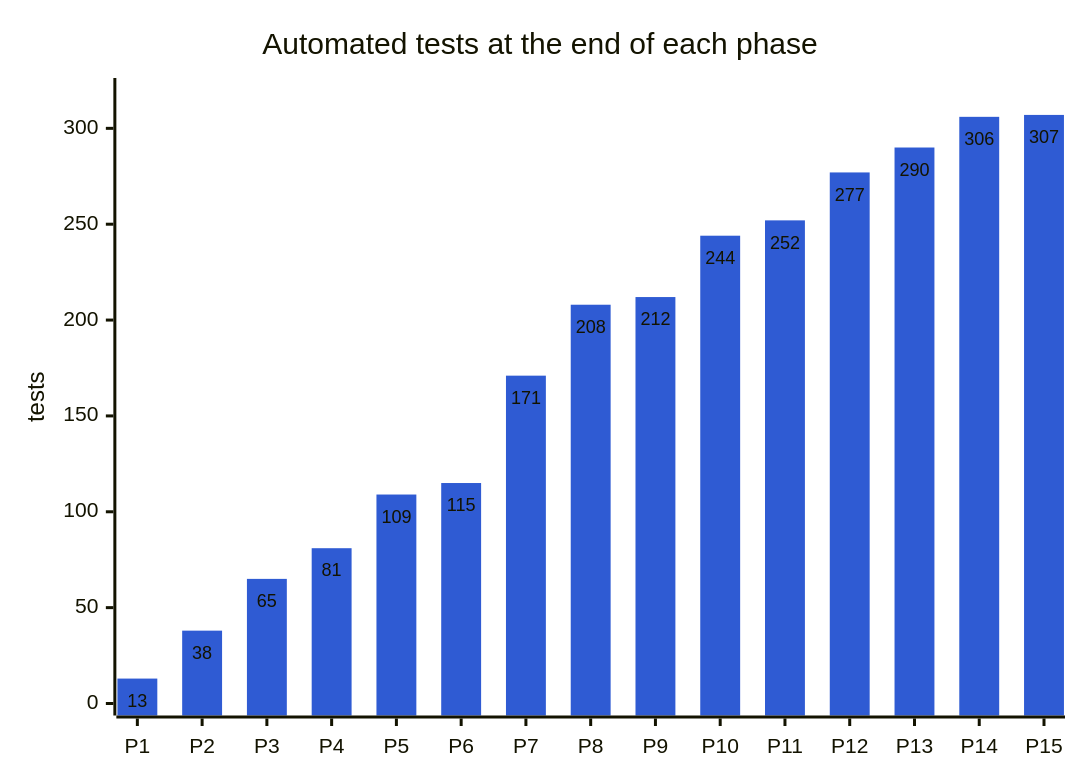
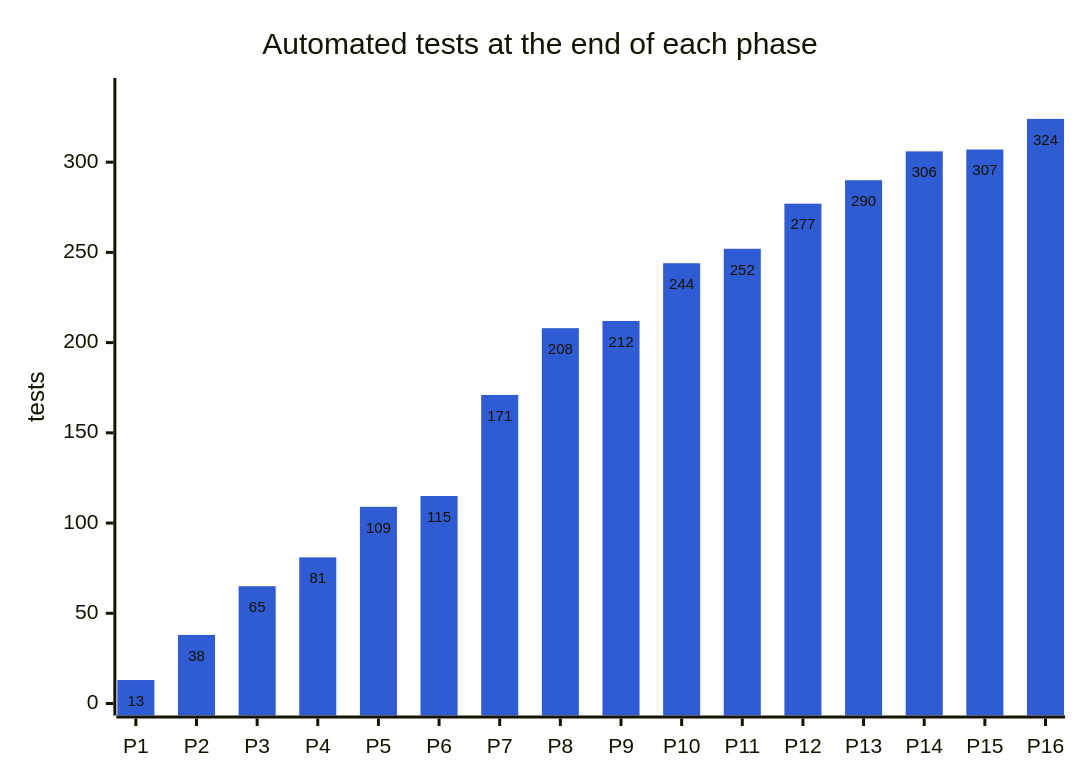
Before and after one commit to abdulmdev/sentinel-incident-copilot: the diagram in docs/handbook/diagrams/14-chart-tests-by-phase.mmd, drawn with Mermaid. The commit also changed 67 other files, not shown here.

```diff
--- a/docs/handbook/diagrams/14-chart-tests-by-phase.mmd
+++ b/docs/handbook/diagrams/14-chart-tests-by-phase.mmd
@@ -1,13 +1,13 @@
 ---
 config:
   xyChart:
     showDataLabel: true
   themeVariables:
     xyChart:
       plotColorPalette: "#2f5bd3"
 ---
 xychart-beta
   title "Automated tests at the end of each phase"
-  x-axis ["P1", "P2", "P3", "P4", "P5", "P6", "P7", "P8", "P9", "P10", "P11", "P12", "P13", "P14", "P15"]
-  y-axis "tests" 0 --> 320
-  bar [13, 38, 65, 81, 109, 115, 171, 208, 212, 244, 252, 277, 290, 306, 307]
+  x-axis ["P1", "P2", "P3", "P4", "P5", "P6", "P7", "P8", "P9", "P10", "P11", "P12", "P13", "P14", "P15", "P16"]
+  y-axis "tests" 0 --> 340
+  bar [13, 38, 65, 81, 109, 115, 171, 208, 212, 244, 252, 277, 290, 306, 307, 324]
```
